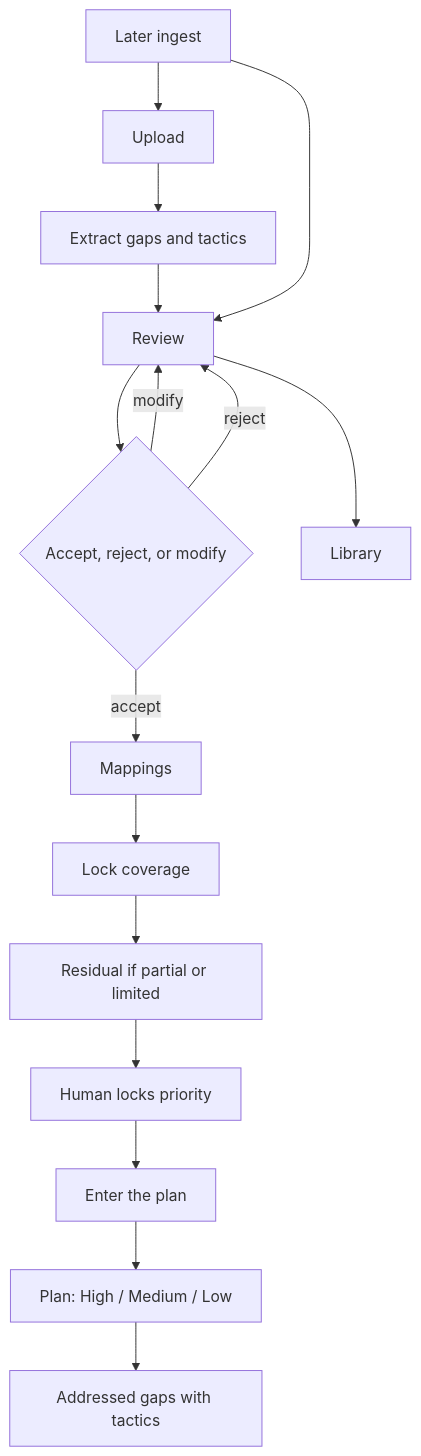
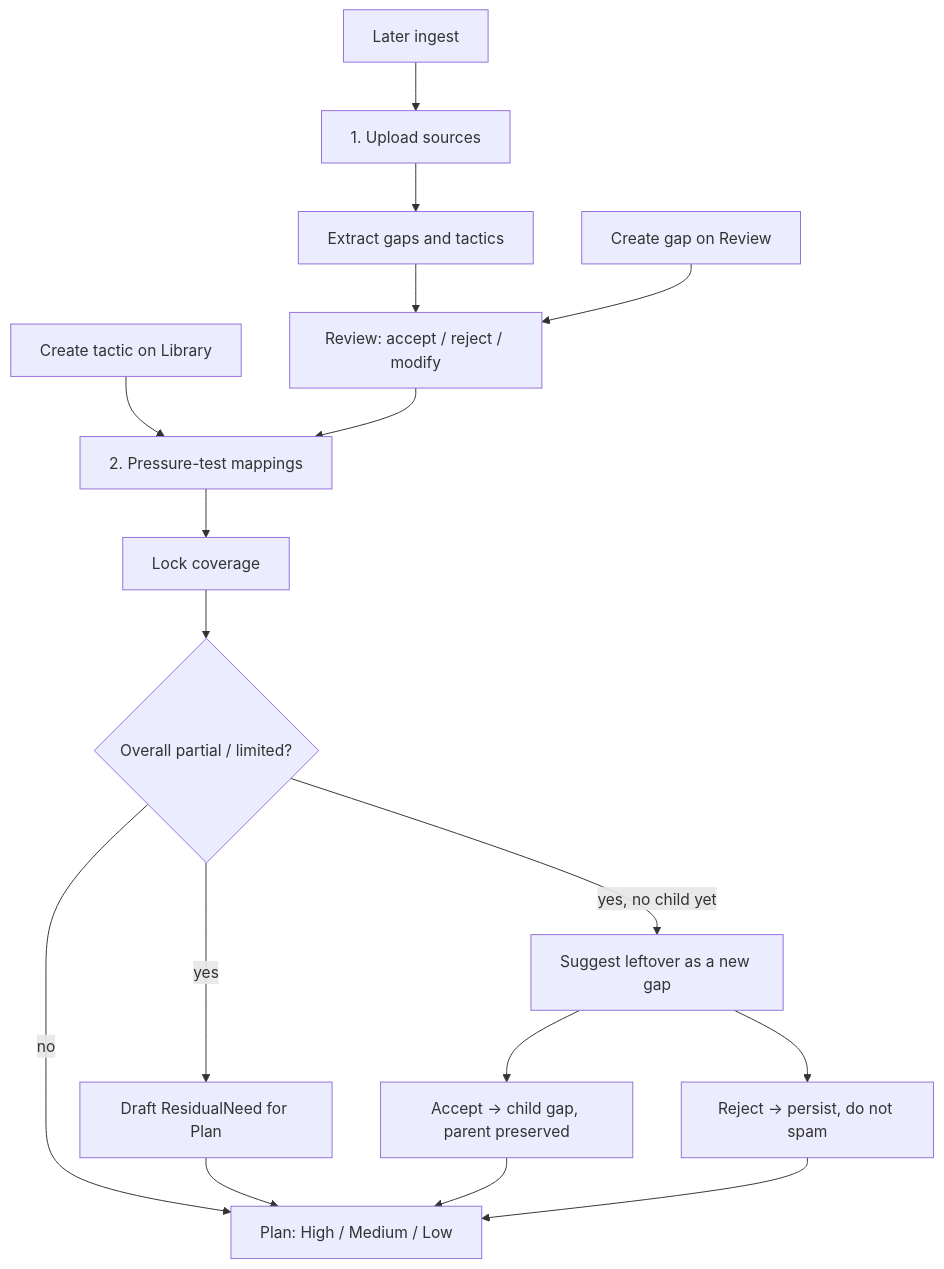
One commit to Shashb21/synapse changed the first of 2 diagrams in docs/problem-and-solution.md. Above: the diagram before and after it, drawn with Mermaid. The commit also changed other lines of this file and 20 other files, not shown here.

First line of the commit message:
Ship leftover-as-new-gap after pressure-test, not residual dump.

````diff
--- a/docs/problem-and-solution.md
+++ b/docs/problem-and-solution.md
@@ -50,31 +50,33 @@
 ```mermaid
 flowchart TD
-  upload["Upload"]
+  upload["1. Upload sources"]
   extract["Extract gaps and tactics"]
-  review["Review"]
-  decide{"Accept, reject, or modify"}
-  mappings["Mappings"]
-  library["Library"]
-  coverage["Lock coverage"]
-  residual["Residual if partial or limited"]
-  pri["Human locks priority"]
-  enter["Enter the plan"]
+  review["Review: accept / reject / modify"]
+  createGap["Create gap on Review"]
+  createTactic["Create tactic on Library"]
+  map["2. Pressure-test mappings"]
+  cover["Lock coverage"]
+  leftover{"Overall partial / limited?"}
+  residual["Draft ResidualNeed for Plan"]
+  suggest["Suggest leftover as a new gap"]
+  acceptChild["Accept → child gap, parent preserved"]
+  rejectChild["Reject → persist, do not spam"]
   board["Plan: High / Medium / Low"]
-  closed["Addressed gaps with tactics"]
   later["Later ingest"]
   upload --> extract
   extract --> review
-  review --> decide
-  decide -->|modify| review
-  decide -->|reject| review
-  decide -->|accept| mappings
-  review --> library
-  mappings --> coverage
-  coverage --> residual
-  residual --> pri
-  pri --> enter
-  enter --> board
-  board --> closed
+  createGap --> review
+  createTactic --> map
+  review --> map
+  map --> cover
+  cover --> leftover
+  leftover -->|yes| residual
+  leftover -->|yes, no child yet| suggest
+  leftover -->|no| board
+  residual --> board
+  suggest --> acceptChild
+  suggest --> rejectChild
+  acceptChild --> board
+  rejectChild --> board
   later --> upload
-  later --> review
 ```
````
